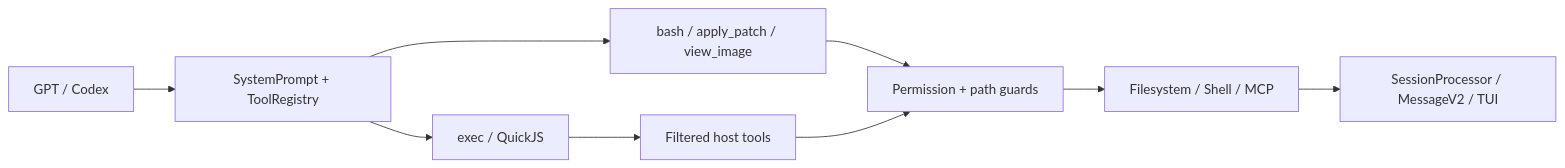
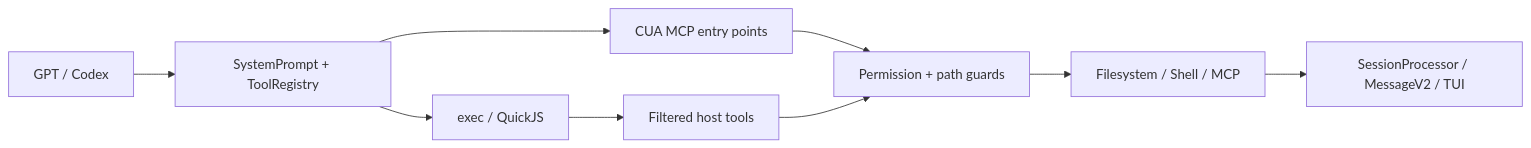
Before and after one commit to XiaomiMiMo/MiMo-Code: the diagram in docs/architecture/codex-microkernel-runtime.md, drawn with Mermaid. The commit also changed other lines of this file and 3 other files, not shown here.

Commit message:
fix(exec): preserve full schemas for nested tools

````diff
--- a/docs/architecture/codex-microkernel-runtime.md
+++ b/docs/architecture/codex-microkernel-runtime.md
@@ -17,11 +17,11 @@
 ```mermaid
 flowchart LR
     Model[GPT / Codex] --> Registry[SystemPrompt + ToolRegistry]
-    Registry --> Direct[bash / apply_patch / view_image]
+    Registry --> Direct[CUA MCP entry points]
     Registry --> Exec[exec / QuickJS]
     Exec --> Tools[Filtered host tools]
     Direct --> Host[Permission + path guards]
     Tools --> Host
     Host --> Effects[Filesystem / Shell / MCP]
     Effects --> Session[SessionProcessor / MessageV2 / TUI]
 ```
````
